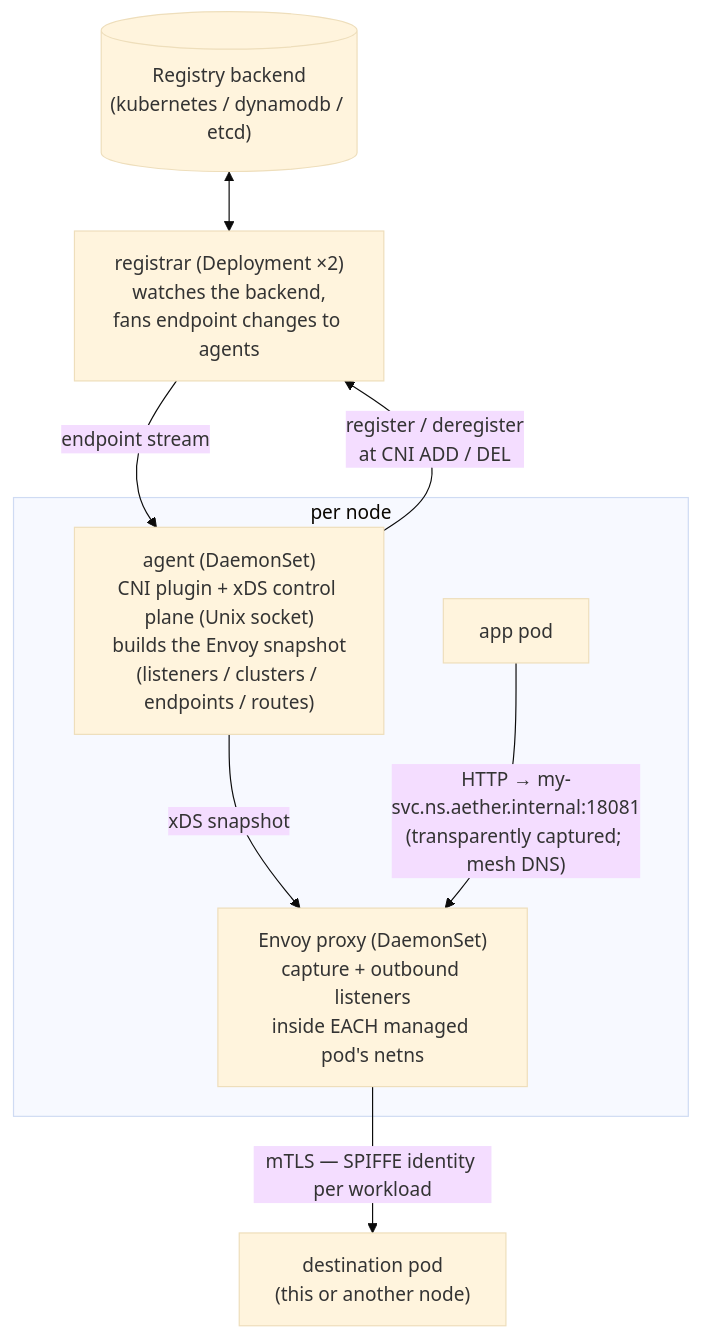
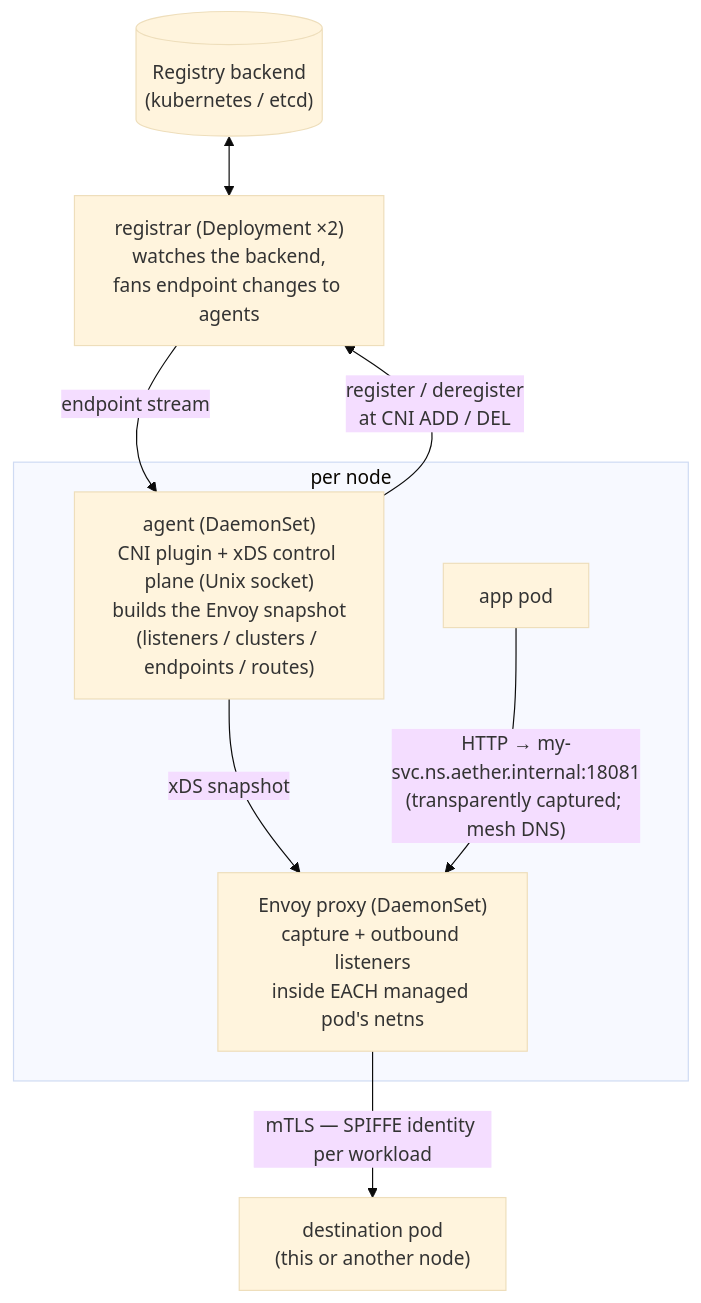
Before and after one commit to bpalermo/aether: the diagram in docs/getting-started.md, drawn with Mermaid (base theme). The commit also changed other lines of this file and 35 other files, not shown here.

````diff
--- a/docs/getting-started.md
+++ b/docs/getting-started.md
@@ -41,18 +41,18 @@
 ```mermaid
 flowchart TB
-    backend[("Registry backend<br/>(kubernetes / dynamodb / etcd)")]
+    backend[("Registry backend<br/>(kubernetes / etcd)")]
     registrar["registrar (Deployment ×2)<br/>watches the backend,<br/>fans endpoint changes to agents"]
     backend <--> registrar
 
     subgraph node["per node"]
         agent["agent (DaemonSet)<br/>CNI plugin + xDS control plane (Unix socket)<br/>builds the Envoy snapshot<br/>(listeners / clusters / endpoints / routes)"]
         proxy["Envoy proxy (DaemonSet)<br/>capture + outbound listeners<br/>inside EACH managed pod's netns"]
         app["app pod"]
         agent -->|xDS snapshot| proxy
         app -->|"HTTP → my-svc.ns.aether.internal:18081<br/>(transparently captured; mesh DNS)"| proxy
     end
 
     agent -->|"register / deregister<br/>at CNI ADD / DEL"| registrar
     registrar -->|endpoint stream| agent
     proxy -->|"mTLS — SPIFFE identity per workload"| dest["destination pod<br/>(this or another node)"]
 ```
````
